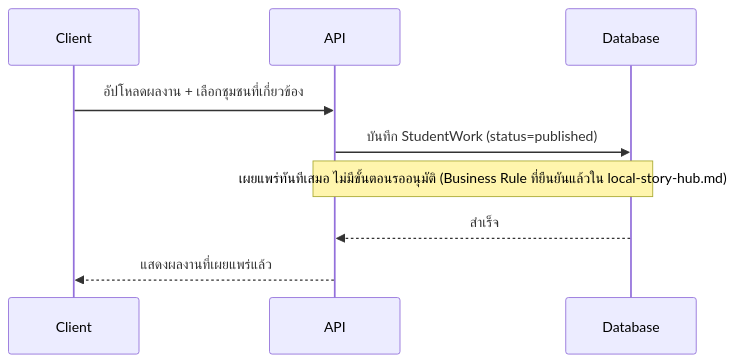
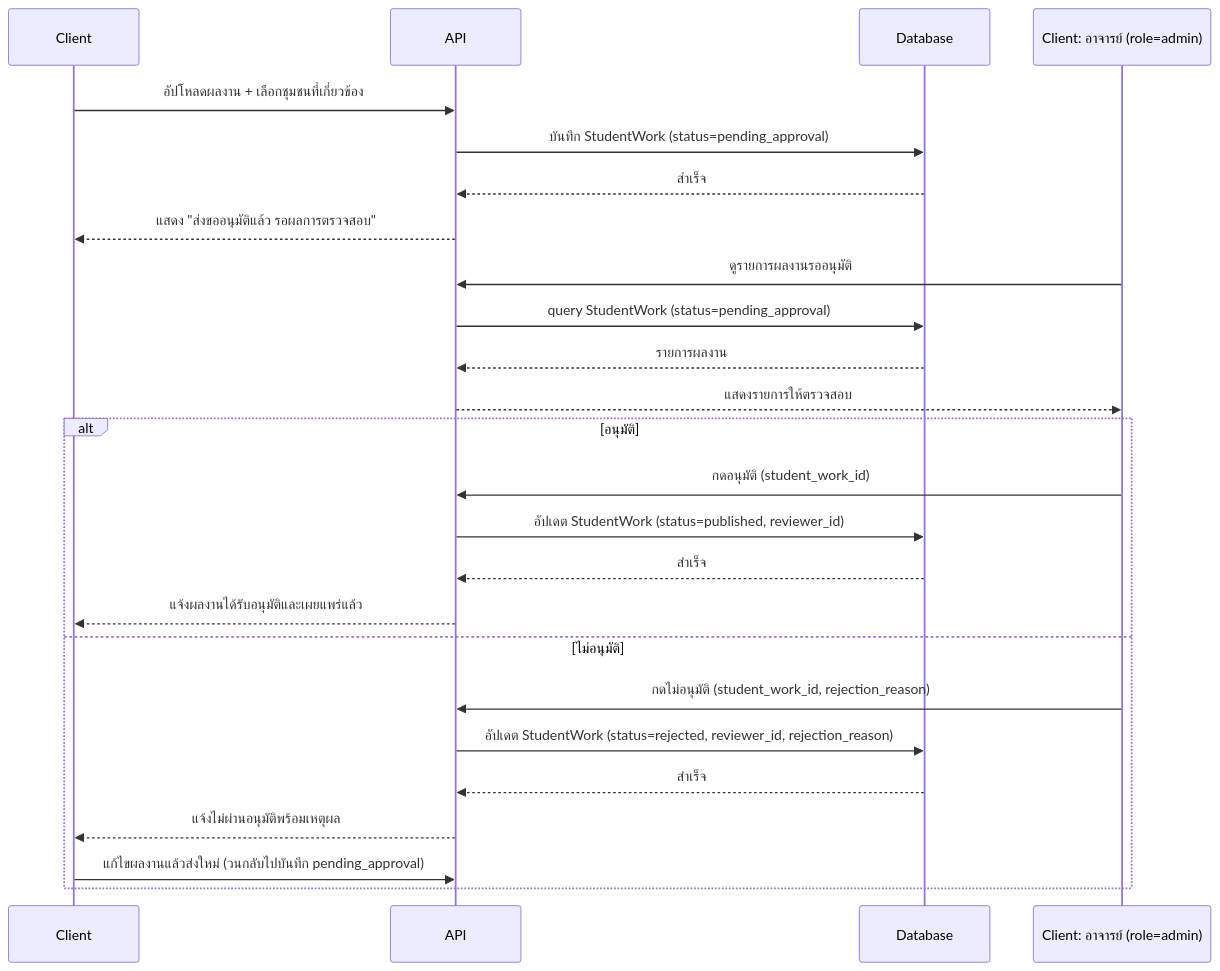
Before and after one commit to b5810202241-cpu/Local-Story-Hub: the sixth of 6 diagrams in docs/02-design/02-technical/detailed-design.md, drawn with Mermaid. The commit also changed other lines of this file and 8 other files, not shown here.

First line of the commit message:
Reverse student-work approval rule: require faculty approval before publish

````diff
--- a/docs/02-design/02-technical/detailed-design.md
+++ b/docs/02-design/02-technical/detailed-design.md
@@ -113,12 +116,30 @@
 ```mermaid
 sequenceDiagram
   participant Client
   participant API
   participant DB as Database
+  participant Admin as Client: อาจารย์ (role=admin)
 
   Client->>API: อัปโหลดผลงาน + เลือกชุมชนที่เกี่ยวข้อง
-  API->>DB: บันทึก StudentWork (status=published)
-  Note over API,DB: เผยแพร่ทันทีเสมอ ไม่มีขั้นตอนรออนุมัติ (Business Rule ที่ยืนยันแล้วใน local-story-hub.md)
+  API->>DB: บันทึก StudentWork (status=pending_approval)
   DB-->>API: สำเร็จ
-  API-->>Client: แสดงผลงานที่เผยแพร่แล้ว
+  API-->>Client: แสดง "ส่งขออนุมัติแล้ว รอผลการตรวจสอบ"
+
+  Admin->>API: ดูรายการผลงานรออนุมัติ
+  API->>DB: query StudentWork (status=pending_approval)
+  DB-->>API: รายการผลงาน
+  API-->>Admin: แสดงรายการให้ตรวจสอบ
+
+  alt อนุมัติ
+    Admin->>API: กดอนุมัติ (student_work_id)
+    API->>DB: อัปเดต StudentWork (status=published, reviewer_id)
+    DB-->>API: สำเร็จ
+    API-->>Client: แจ้งผลงานได้รับอนุมัติและเผยแพร่แล้ว
+  else ไม่อนุมัติ
+    Admin->>API: กดไม่อนุมัติ (student_work_id, rejection_reason)
+    API->>DB: อัปเดต StudentWork (status=rejected, reviewer_id, rejection_reason)
+    DB-->>API: สำเร็จ
+    API-->>Client: แจ้งไม่ผ่านอนุมัติพร้อมเหตุผล
+    Client->>API: แก้ไขผลงานแล้วส่งใหม่ (วนกลับไปบันทึก pending_approval)
+  end
 ```
````
